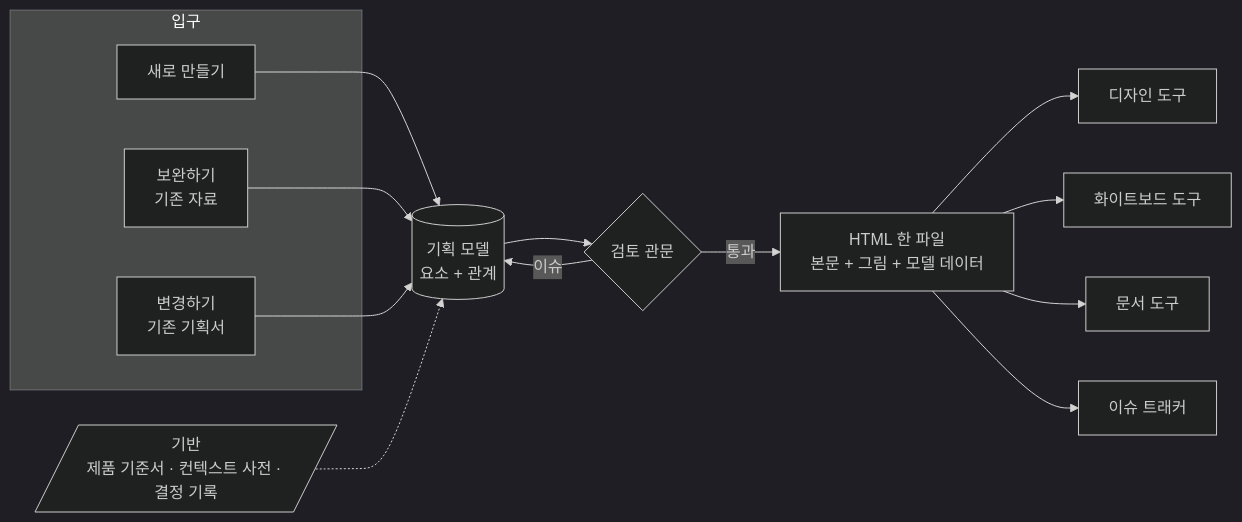
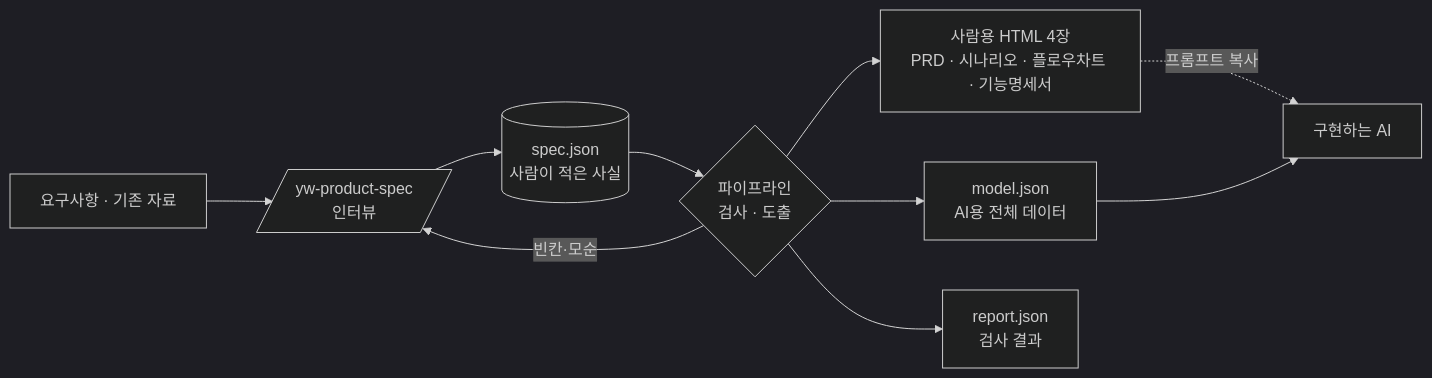
One commit to YeongWon2/product-planning changed the diagram in README.md. Above: the diagram before and after it, drawn with Mermaid (dark theme). The commit also changed other lines of this file and 3 other files, not shown here.

````diff
--- a/README.md
+++ b/README.md
@@ -36,17 +37,12 @@
 ```mermaid
 flowchart LR
-    subgraph 입구
-        N[새로 만들기]
-        F[보완하기<br/>기존 자료]
-        C[변경하기<br/>기존 기획서]
-    end
-    N & F & C --> M[(기획 모델<br/>요소 + 관계)]
-    B[/기반<br/>제품 기준서 · 컨텍스트 사전 · 결정 기록/] -.-> M
-    M --> G{검토 관문}
-    G -->|통과| H[HTML 한 파일<br/>본문 + 그림 + 모델 데이터]
-    G -->|이슈| M
-    H --> D1[디자인 도구]
-    H --> D2[화이트보드 도구]
-    H --> D3[문서 도구]
-    H --> D4[이슈 트래커]
+    R[요구사항 · 기존 자료] --> S[/yw-product-spec<br/>인터뷰/]
+    S --> J[(spec.json<br/>사람이 적은 사실)]
+    J --> P{파이프라인<br/>검사 · 도출}
+    P -->|빈칸·모순| S
+    P --> H[사람용 HTML 4장<br/>PRD · 시나리오 · 플로우차트 · 기능명세서]
+    P --> M[model.json<br/>AI용 전체 데이터]
+    P --> Q[report.json<br/>검사 결과]
+    H -. 프롬프트 복사 .-> AI[구현하는 AI]
+    M --> AI
 ```
````
